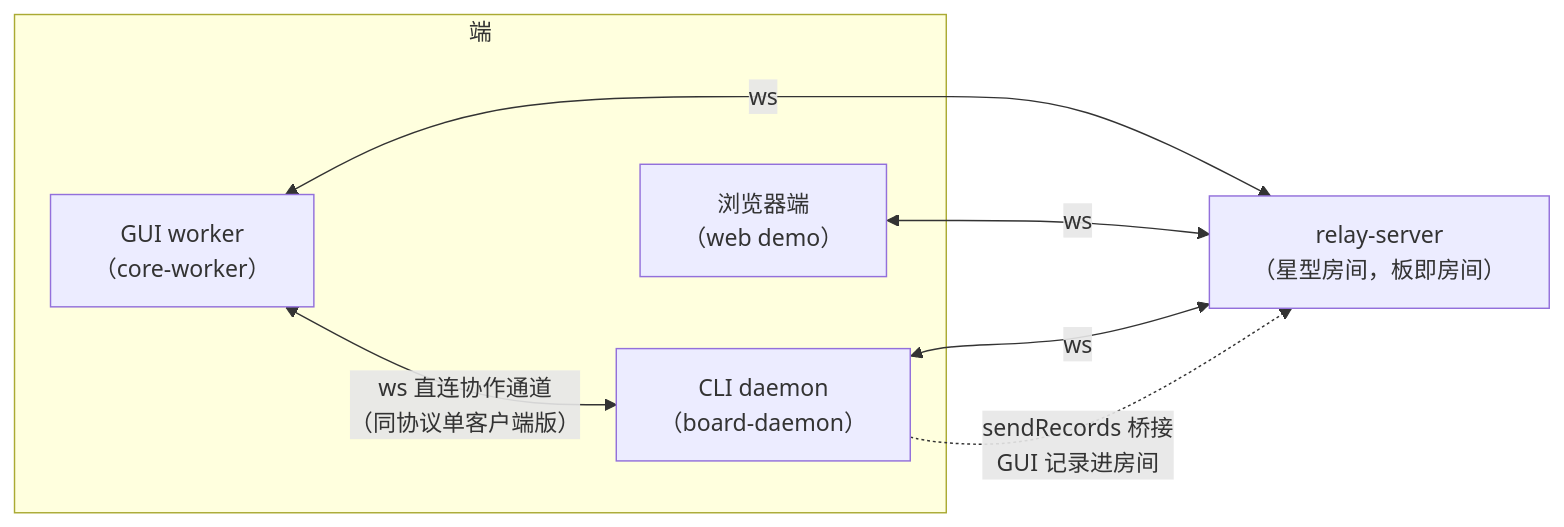
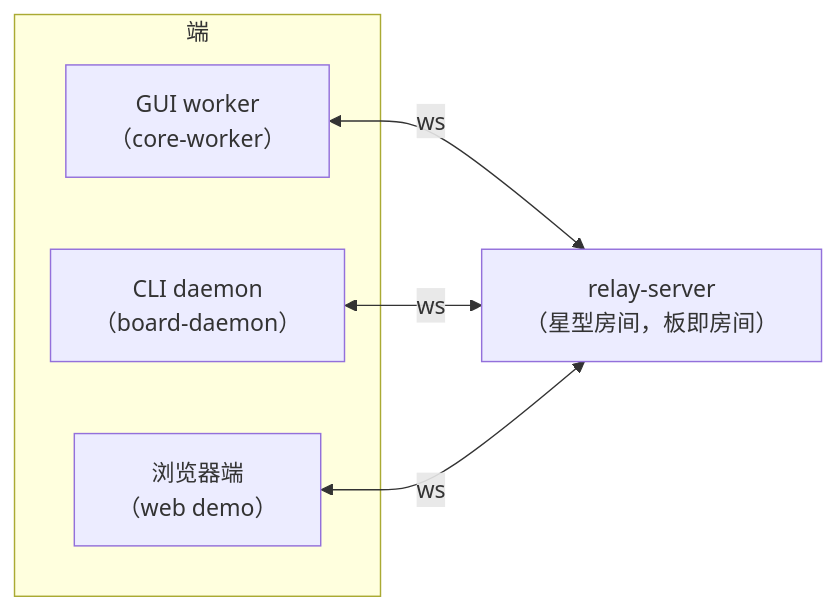
The first of 2 diagrams in src/host/sync/docs/sync-document.md (HoundTek/hound-whiteboard), drawn with Mermaid before and after one commit. The commit also changed other lines of this file and 31 other files, not shown here.

````diff
--- a/src/host/sync/docs/sync-document.md
+++ b/src/host/sync/docs/sync-document.md
@@ -28,15 +28,13 @@
 ```mermaid
 flowchart LR
   subgraph 端
     GUI["GUI worker<br/>（core-worker）"]
     CLI["CLI daemon<br/>（board-daemon）"]
     WEB["浏览器端<br/>（web demo）"]
   end
   RELAY["relay-server<br/>（星型房间，板即房间）"]
 
   GUI <-->|"ws"| RELAY
   CLI <-->|"ws"| RELAY
   WEB <-->|"ws"| RELAY
-  GUI <-->|"ws 直连协作通道<br/>（同协议单客户端版）"| CLI
-  CLI -.->|"sendRecords 桥接<br/>GUI 记录进房间"| RELAY
 ```
````
